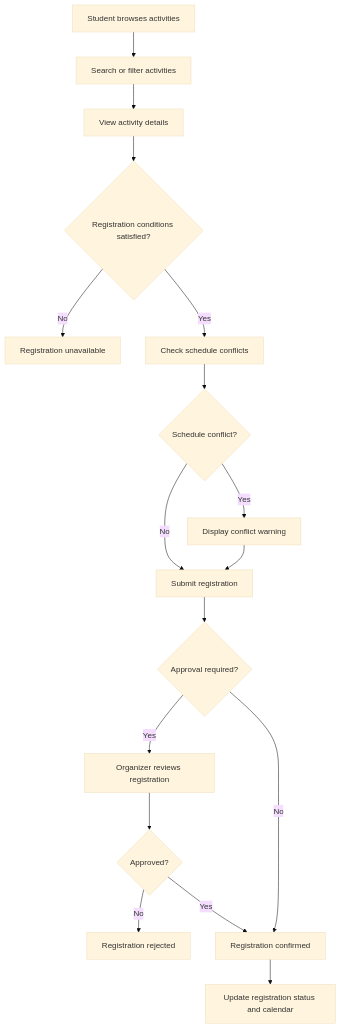
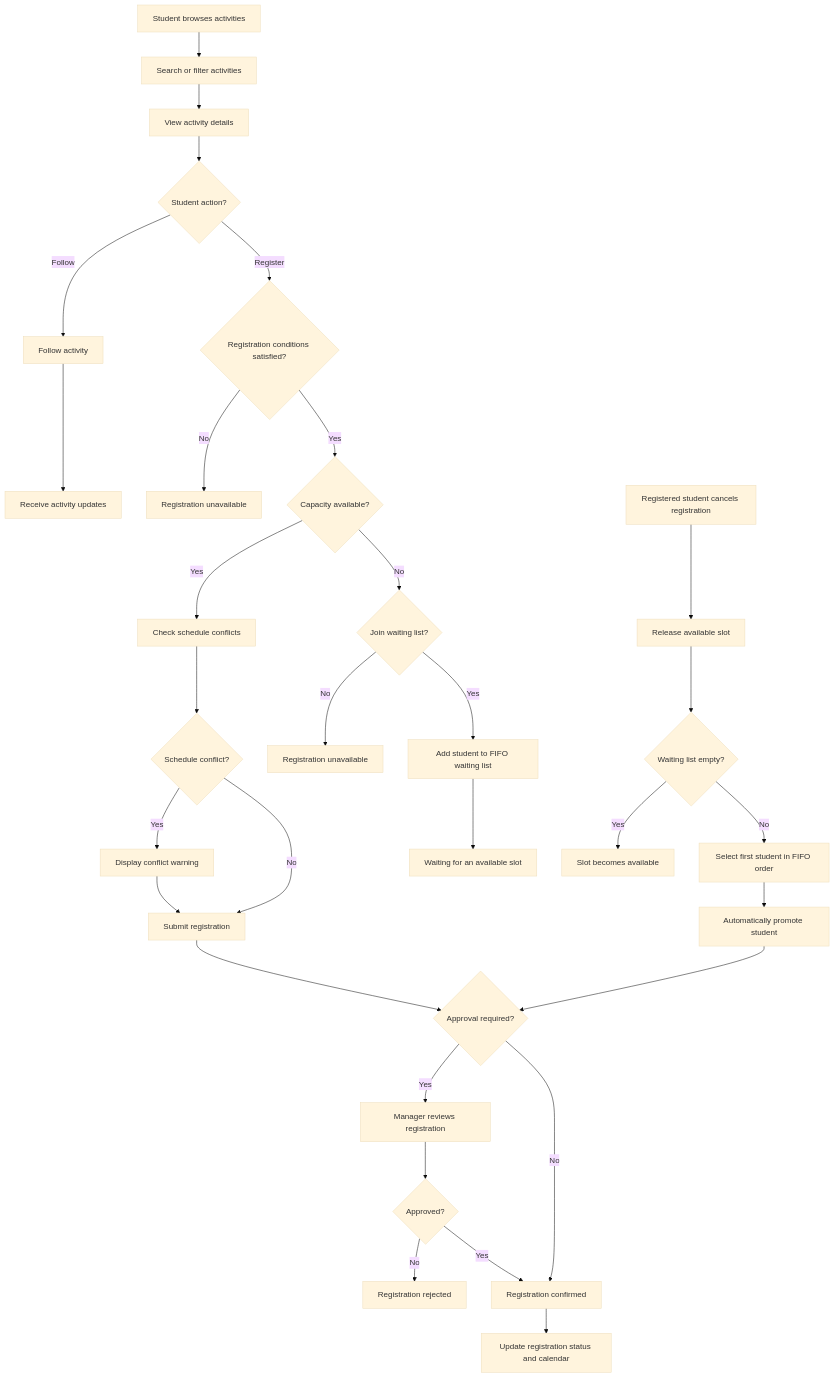
Before and after one commit to APCSk24-CS300/cs300-project: the first of 2 diagrams in docs/requirements/vision-document.md, drawn with Mermaid (base theme). The commit also changed other lines of this file and 1 other file, not shown here.

````diff
--- a/docs/requirements/vision-document.md
+++ b/docs/requirements/vision-document.md
@@ -105,19 +105,41 @@
 ```mermaid
+
 flowchart TD
     A[Student browses activities] --> B[Search or filter activities]
     B --> C[View activity details]
-    C --> D{Registration conditions satisfied?}
-    D -- No --> E[Registration unavailable]
-    D -- Yes --> F[Check schedule conflicts]
-    F --> G{Schedule conflict?}
-    G -- Yes --> H[Display conflict warning]
-    G -- No --> I[Submit registration]
-    H --> I
-    I --> J{Approval required?}
-    J -- Yes --> K[Organizer reviews registration]
-    K --> L{Approved?}
-    L -- No --> M[Registration rejected]
-    L -- Yes --> N[Registration confirmed]
-    J -- No --> N
-    N --> O[Update registration status and calendar]
+    C --> D{Student action?}
+
+    D -- Follow --> E[Follow activity]
+    E --> F[Receive activity updates]
+
+    D -- Register --> G{Registration conditions satisfied?}
+    G -- No --> H[Registration unavailable]
+    G -- Yes --> I{Capacity available?}
+
+    I -- Yes --> J[Check schedule conflicts]
+    J --> K{Schedule conflict?}
+    K -- Yes --> L[Display conflict warning]
+    K -- No --> M[Submit registration]
+    L --> M
+
+    M --> N{Approval required?}
+    N -- Yes --> O[Manager reviews registration]
+    O --> P{Approved?}
+    P -- No --> Q[Registration rejected]
+    P -- Yes --> R[Registration confirmed]
+    N -- No --> R
+    R --> S[Update registration status and calendar]
+
+    I -- No --> T{Join waiting list?}
+    T -- No --> U[Registration unavailable]
+    T -- Yes --> V[Add student to FIFO waiting list]
+    V --> W[Waiting for an available slot]
+
+    X[Registered student cancels registration] --> Y[Release available slot]
+    Y --> Z{Waiting list empty?}
+    Z -- Yes --> AA[Slot becomes available]
+    Z -- No --> AB[Select first student in FIFO order]
+    AB --> AC[Automatically promote student]
+    AC --> N
+
 ```
````
